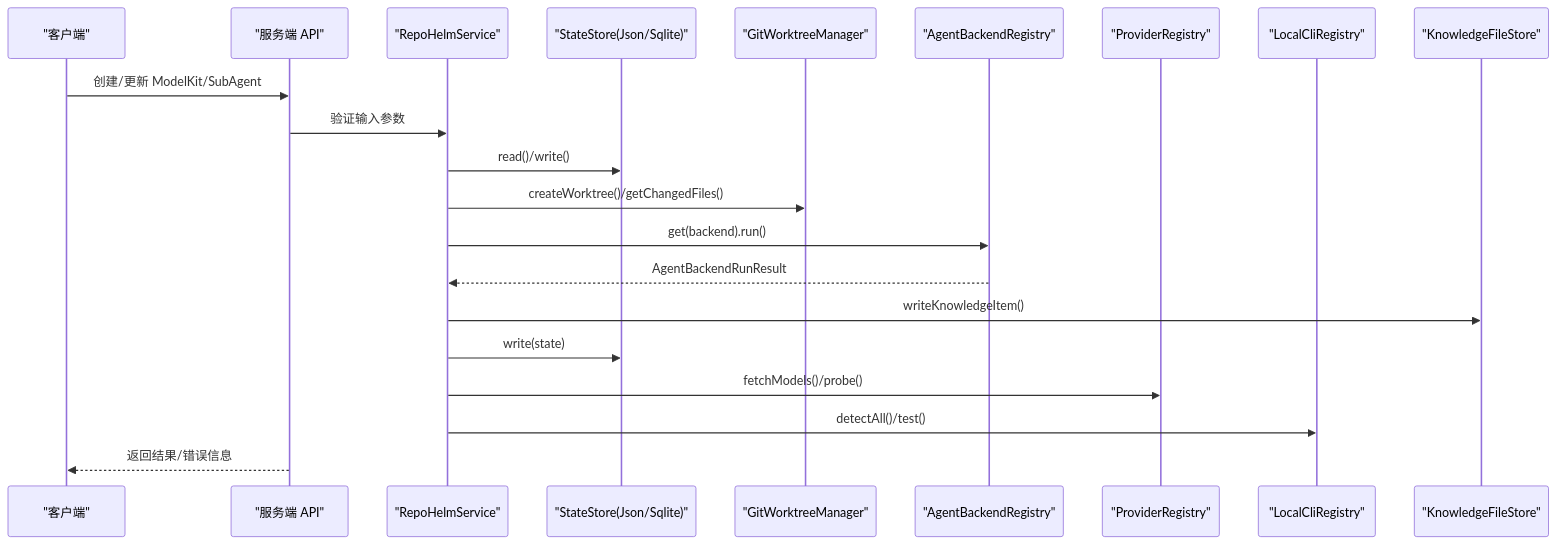
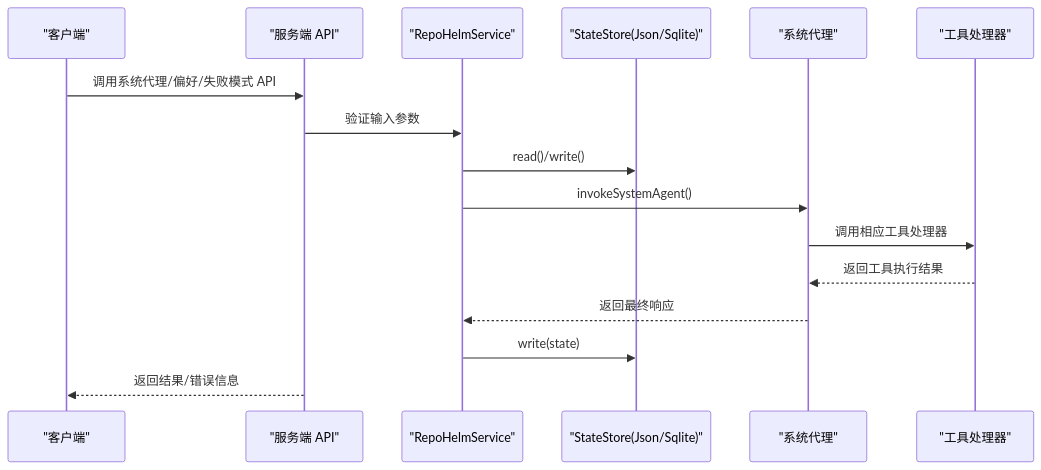
One commit to coconilu/RepoHelm changed the second of 7 diagrams in .qoder/repowiki/zh/content/数据模型和类型系统/数据模型和类型系统.md. Above: the diagram before and after it, drawn with Mermaid. The commit also changed other lines of this file and 12 other files, not shown here.

````diff
--- a/.qoder/repowiki/zh/content/数据模型和类型系统/数据模型和类型系统.md
+++ b/.qoder/repowiki/zh/content/数据模型和类型系统/数据模型和类型系统.md
@@ -184,23 +213,18 @@
 ```mermaid
 sequenceDiagram
 participant Client as "客户端"
 participant API as "服务端 API"
 participant Service as "RepoHelmService"
 participant Store as "StateStore(Json/Sqlite)"
-participant Git as "GitWorktreeManager"
-participant Agent as "AgentBackendRegistry"
-participant Provider as "ProviderRegistry"
-participant CLI as "LocalCliRegistry"
-participant KB as "KnowledgeFileStore"
-Client->>API : 创建/更新 ModelKit/SubAgent
+participant SystemAgent as "系统代理"
+participant ToolHandlers as "工具处理器"
+Client->>API : 调用系统代理/偏好/失败模式 API
 API->>Service : 验证输入参数
 Service->>Store : read()/write()
-Service->>Git : createWorktree()/getChangedFiles()
-Service->>Agent : get(backend).run()
-Agent-->>Service : AgentBackendRunResult
-Service->>KB : writeKnowledgeItem()
+Service->>SystemAgent : invokeSystemAgent()
+SystemAgent->>ToolHandlers : 调用相应工具处理器
+ToolHandlers-->>SystemAgent : 返回工具执行结果
+SystemAgent-->>Service : 返回最终响应
 Service->>Store : write(state)
-Service->>Provider : fetchModels()/probe()
-Service->>CLI : detectAll()/test()
 API-->>Client : 返回结果/错误信息
 ```
````
